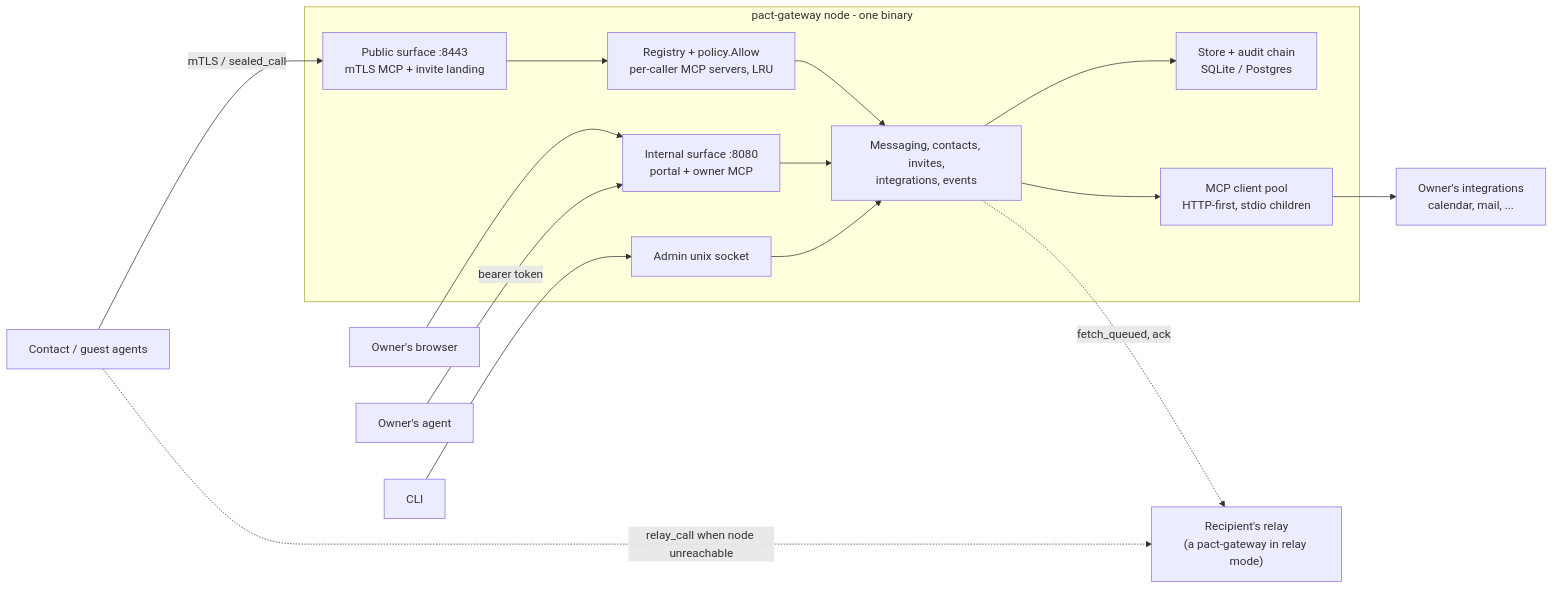
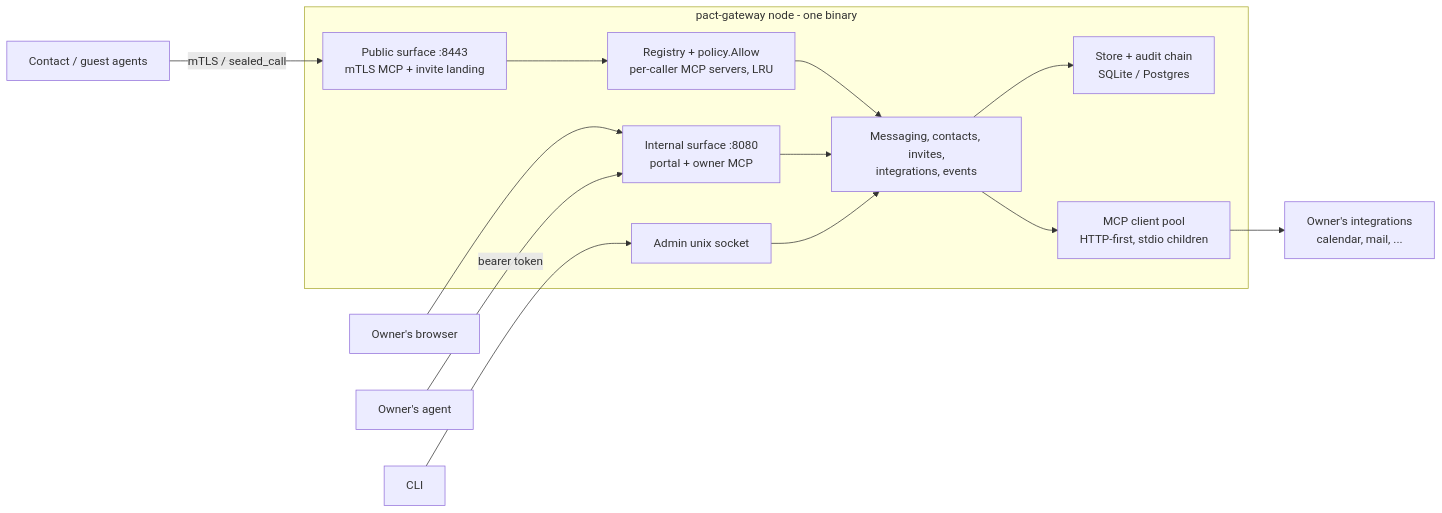
The first of 8 diagrams in SPEC.md (humandelegatedtrustprotocol/hdtp-gateway), drawn with Mermaid before and after one commit. The commit also changed other lines of this file and 5 other files, not shown here.

````diff
--- a/SPEC.md
+++ b/SPEC.md
@@ -53,31 +52,28 @@
 ```mermaid
 flowchart LR
     CA["Contact / guest agents"]
-    RL["Recipient's relay<br/>(a pact-gateway in relay mode)"]
     OB["Owner's browser"]
     OA["Owner's agent"]
     CL["CLI"]
     UP["Owner's integrations<br/>calendar, mail, ..."]
     subgraph GW["pact-gateway node - one binary"]
         PUB["Public surface :8443<br/>mTLS MCP + invite landing"]
         REG["Registry + policy.Allow<br/>per-caller MCP servers, LRU"]
         CORE["Messaging, contacts, invites,<br/>integrations, events"]
         INT["Internal surface :8080<br/>portal + owner MCP"]
         ADM["Admin unix socket"]
         ST["Store + audit chain<br/>SQLite / Postgres"]
         UPC["MCP client pool<br/>HTTP-first, stdio children"]
     end
     CA -->|"mTLS / sealed_call"| PUB
-    CA -.->|"relay_call when node unreachable"| RL
-    CORE -.->|"fetch_queued, ack"| RL
     PUB --> REG
     REG --> CORE
     OB --> INT
     OA -->|"bearer token"| INT
     INT --> CORE
     CL --> ADM
     ADM --> CORE
     CORE --> ST
     CORE --> UPC
     UPC --> UP
 ```
````
